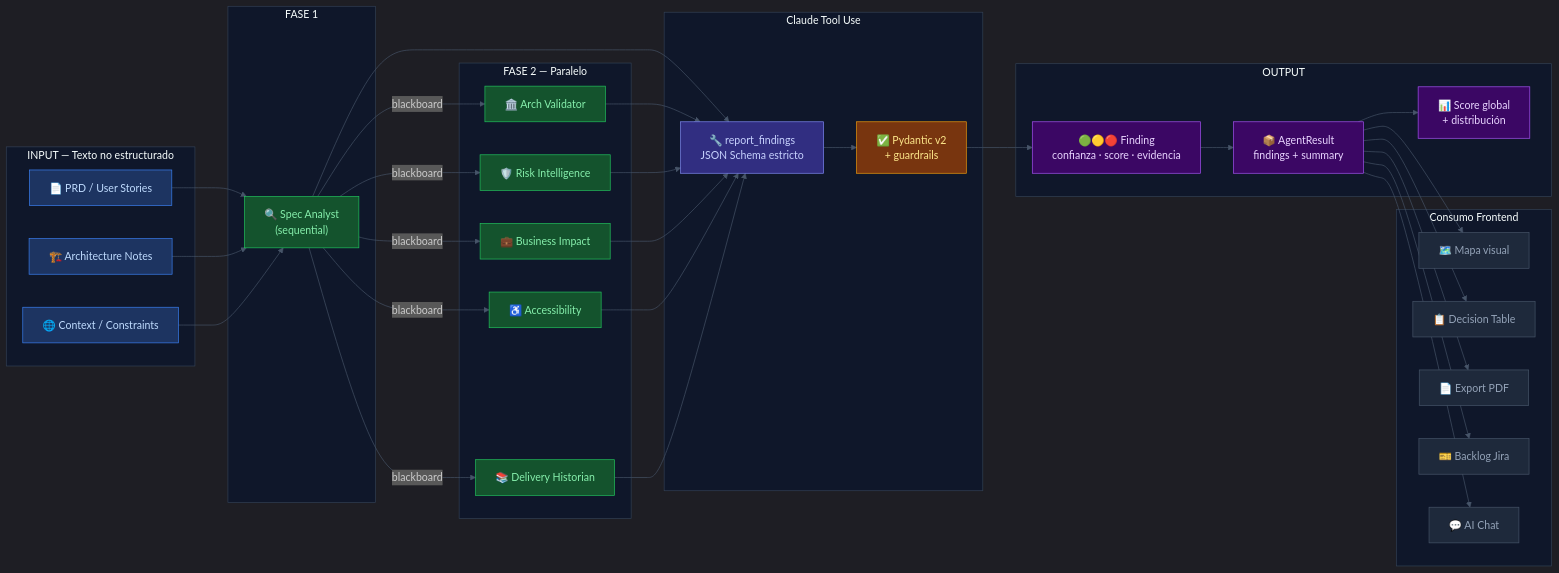
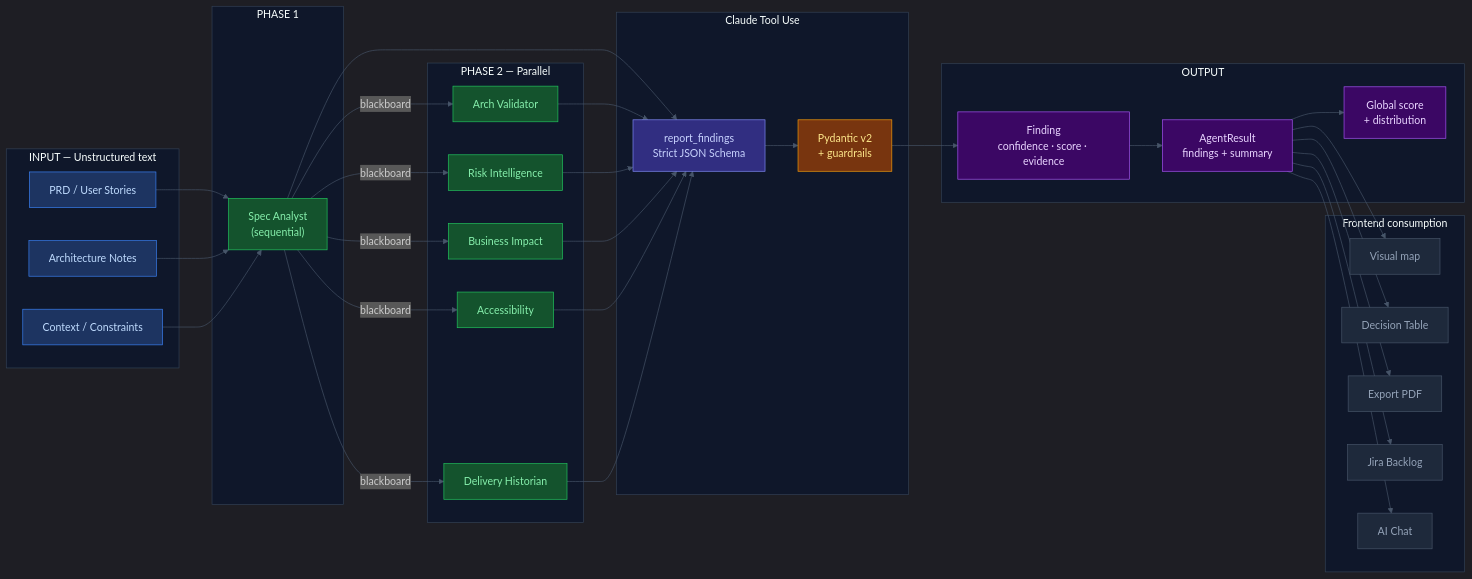
One commit to tweladera/GlobalHack-ConfidenceMap changed the diagram in docs/diagram-spec-to-data-pipelines.md. Above: the diagram before and after it, drawn with Mermaid. The commit also changed other lines of this file and 18 other files, not shown here.

````diff
--- a/docs/diagram-spec-to-data-pipelines.md
+++ b/docs/diagram-spec-to-data-pipelines.md
@@ -68,58 +68,58 @@
 ```mermaid
 %%{init: {'theme': 'dark', 'themeVariables': {
   'primaryColor': '#1e293b', 'primaryTextColor': '#f1f5f9',
   'primaryBorderColor': '#3b82f6', 'lineColor': '#475569',
   'clusterBkg': '#0f172a', 'clusterBorder': '#334155',
   'fontFamily': 'Segoe UI, system-ui, sans-serif'
 }}}%%
 flowchart LR
   classDef input   fill:#1d3461,stroke:#3b82f6,color:#bfdbfe
   classDef agent   fill:#14532d,stroke:#22c55e,color:#86efac
   classDef tool    fill:#312e81,stroke:#818cf8,color:#c7d2fe
   classDef valid   fill:#78350f,stroke:#f59e0b,color:#fde68a
   classDef output  fill:#3b0764,stroke:#a855f7,color:#e9d5ff
   classDef consume fill:#1e293b,stroke:#475569,color:#94a3b8
 
-  subgraph IN["  INPUT — Texto no estructurado  "]
-    A1["📄 PRD / User Stories"]:::input
-    A2["🏗️ Architecture Notes"]:::input
-    A3["🌐 Context / Constraints"]:::input
+  subgraph IN["  INPUT — Unstructured text  "]
+    A1["PRD / User Stories"]:::input
+    A2["Architecture Notes"]:::input
+    A3["Context / Constraints"]:::input
   end
 
-  subgraph PHASE1["  FASE 1  "]
-    B1["🔍 Spec Analyst\n(sequential)"]:::agent
+  subgraph PHASE1["  PHASE 1  "]
+    B1["Spec Analyst\n(sequential)"]:::agent
   end
 
-  subgraph PHASE2["  FASE 2 — Paralelo  "]
-    B2["🏛️ Arch Validator"]:::agent
-    B3["🛡️ Risk Intelligence"]:::agent
-    B4["💼 Business Impact"]:::agent
-    B5["♿ Accessibility"]:::agent
-    B6["📚 Delivery Historian"]:::agent
+  subgraph PHASE2["  PHASE 2 — Parallel  "]
+    B2["Arch Validator"]:::agent
+    B3["Risk Intelligence"]:::agent
+    B4["Business Impact"]:::agent
+    B5["Accessibility"]:::agent
+    B6["Delivery Historian"]:::agent
   end
 
   subgraph TOOL["  Claude Tool Use  "]
-    C1["🔧 report_findings\nJSON Schema estricto"]:::tool
-    C2["✅ Pydantic v2\n+ guardrails"]:::valid
+    C1["report_findings\nStrict JSON Schema"]:::tool
+    C2["Pydantic v2\n+ guardrails"]:::valid
   end
 
   subgraph OUT["  OUTPUT  "]
-    D1["🟢🟡🔴 Finding\nconfianza · score · evidencia"]:::output
-    D2["📦 AgentResult\nfindings + summary"]:::output
-    D3["📊 Score global\n+ distribución"]:::output
+    D1["Finding\nconfidence · score · evidence"]:::output
+    D2["AgentResult\nfindings + summary"]:::output
+    D3["Global score\n+ distribution"]:::output
   end
 
-  subgraph CONSUME["  Consumo Frontend  "]
-    E1["🗺️ Mapa visual"]:::consume
-    E2["📋 Decision Table"]:::consume
-    E3["📄 Export PDF"]:::consume
-    E4["🎫 Backlog Jira"]:::consume
-    E5["💬 AI Chat"]:::consume
+  subgraph CONSUME["  Frontend consumption  "]
+    E1["Visual map"]:::consume
+    E2["Decision Table"]:::consume
+    E3["Export PDF"]:::consume
+    E4["Jira Backlog"]:::consume
+    E5["AI Chat"]:::consume
   end
 
   A1 & A2 & A3 --> B1
   B1 -->|blackboard| B2 & B3 & B4 & B5 & B6
   B1 & B2 & B3 & B4 & B5 & B6 --> C1
   C1 --> C2 --> D1 --> D2 --> D3
   D2 --> E1 & E2 & E3 & E4 & E5
 ```
````
